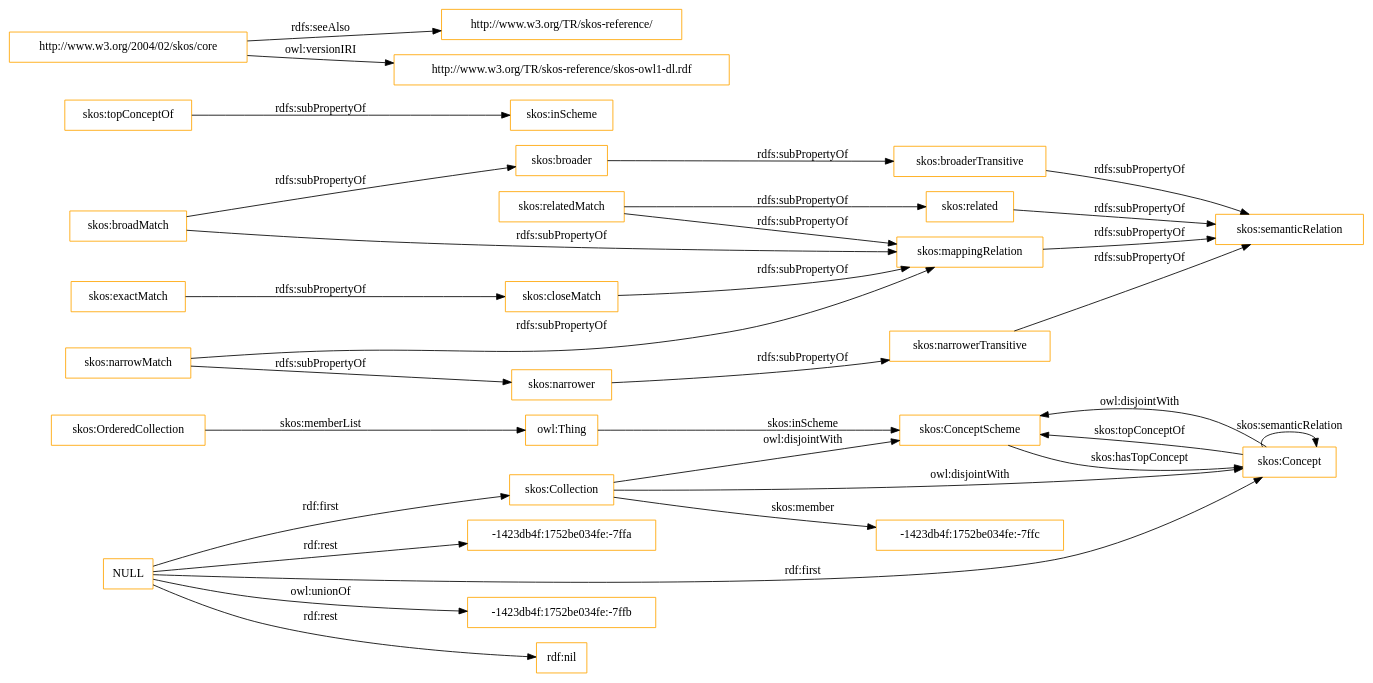
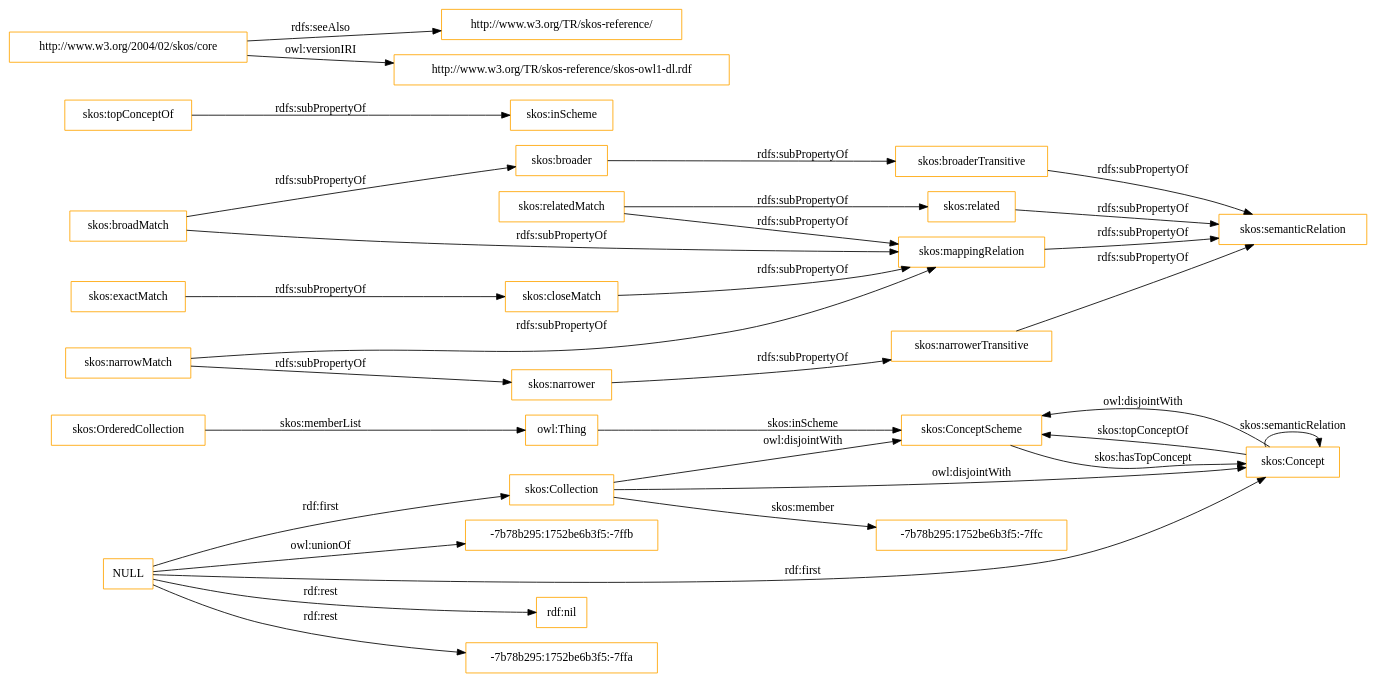
One commit to OnToologyUser/core-ontology-1 changed the diagram in OnToology/imports/skos.owl/diagrams/ar2dtool-class/skos.owl.png.dot. Above: the diagram before and after it, drawn with Graphviz. The commit also changed 14 other files, not shown here.

```diff
--- a/OnToology/imports/skos.owl/diagrams/ar2dtool-class/skos.owl.png.dot
+++ b/OnToology/imports/skos.owl/diagrams/ar2dtool-class/skos.owl.png.dot
@@ -1,37 +1,37 @@
 digraph ar2dtool_diagram { 
 rankdir=LR;
 size="1501"
-node [shape = rectangle, color="orange"]; "skos:OrderedCollection" "skos:ConceptScheme" "skos:Concept" "skos:Collection" "-1423db4f:1752be034fe:-7ffc" ; /*classes style*/
+node [shape = rectangle, color="orange"]; "skos:OrderedCollection" "skos:ConceptScheme" "skos:Concept" "skos:Collection" "-7b78b295:1752be6b3f5:-7ffc" ; /*classes style*/
 	"skos:narrowerTransitive" -> "skos:semanticRelation" [ label = "rdfs:subPropertyOf" ];
-	"NULL" -> "-1423db4f:1752be034fe:-7ffb" [ label = "owl:unionOf" ];
 	"NULL" -> "rdf:nil" [ label = "rdf:rest" ];
 	"NULL" -> "skos:Concept" [ label = "rdf:first" ];
-	"NULL" -> "-1423db4f:1752be034fe:-7ffa" [ label = "rdf:rest" ];
+	"NULL" -> "-7b78b295:1752be6b3f5:-7ffa" [ label = "rdf:rest" ];
 	"NULL" -> "skos:Collection" [ label = "rdf:first" ];
+	"NULL" -> "-7b78b295:1752be6b3f5:-7ffb" [ label = "owl:unionOf" ];
 	"skos:closeMatch" -> "skos:mappingRelation" [ label = "rdfs:subPropertyOf" ];
 	"skos:Concept" -> "skos:ConceptScheme" [ label = "owl:disjointWith" ];
 	"skos:relatedMatch" -> "skos:related" [ label = "rdfs:subPropertyOf" ];
 	"skos:relatedMatch" -> "skos:mappingRelation" [ label = "rdfs:subPropertyOf" ];
 	"skos:related" -> "skos:semanticRelation" [ label = "rdfs:subPropertyOf" ];
 	"skos:topConceptOf" -> "skos:inScheme" [ label = "rdfs:subPropertyOf" ];
 	"skos:broadMatch" -> "skos:mappingRelation" [ label = "rdfs:subPropertyOf" ];
 	"skos:broadMatch" -> "skos:broader" [ label = "rdfs:subPropertyOf" ];
 	"skos:exactMatch" -> "skos:closeMatch" [ label = "rdfs:subPropertyOf" ];
 	"skos:broaderTransitive" -> "skos:semanticRelation" [ label = "rdfs:subPropertyOf" ];
 	"skos:broader" -> "skos:broaderTransitive" [ label = "rdfs:subPropertyOf" ];
 	"skos:mappingRelation" -> "skos:semanticRelation" [ label = "rdfs:subPropertyOf" ];
 	"http://www.w3.org/2004/02/skos/core" -> "http://www.w3.org/TR/skos-reference/" [ label = "rdfs:seeAlso" ];
 	"http://www.w3.org/2004/02/skos/core" -> "http://www.w3.org/TR/skos-reference/skos-owl1-dl.rdf" [ label = "owl:versionIRI" ];
 	"skos:Collection" -> "skos:ConceptScheme" [ label = "owl:disjointWith" ];
 	"skos:Collection" -> "skos:Concept" [ label = "owl:disjointWith" ];
 	"skos:narrower" -> "skos:narrowerTransitive" [ label = "rdfs:subPropertyOf" ];
 	"skos:narrowMatch" -> "skos:narrower" [ label = "rdfs:subPropertyOf" ];
 	"skos:narrowMatch" -> "skos:mappingRelation" [ label = "rdfs:subPropertyOf" ];
 	"skos:OrderedCollection" -> "owl:Thing" [ label = "skos:memberList" ];
 	"skos:Concept" -> "skos:ConceptScheme" [ label = "skos:topConceptOf" ];
 	"skos:Concept" -> "skos:Concept" [ label = "skos:semanticRelation" ];
-	"skos:Collection" -> "-1423db4f:1752be034fe:-7ffc" [ label = "skos:member" ];
+	"skos:Collection" -> "-7b78b295:1752be6b3f5:-7ffc" [ label = "skos:member" ];
 	"skos:ConceptScheme" -> "skos:Concept" [ label = "skos:hasTopConcept" ];
 	"owl:Thing" -> "skos:ConceptScheme" [ label = "skos:inScheme" ];
 
 }
```
